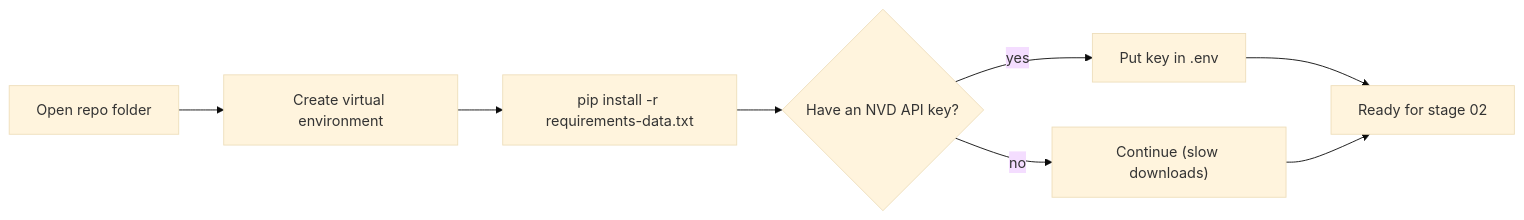
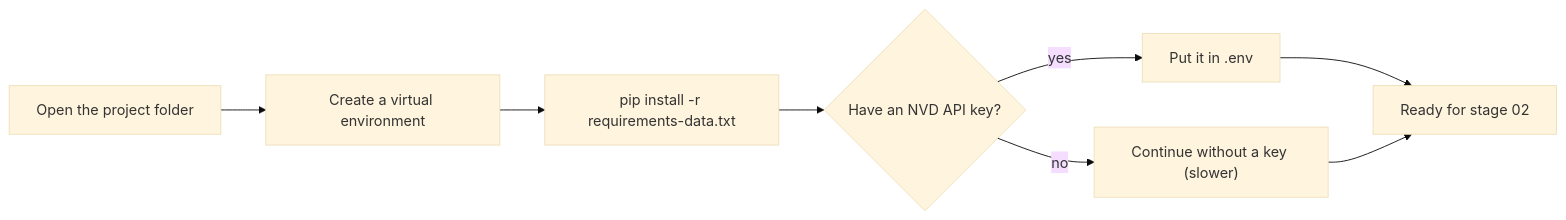
One commit to preetik92002-tech/llm-finetune-cyber changed the diagram in docs/stage-01-setup/README.md. Above: the diagram before and after it, drawn with Mermaid (base theme). The commit also changed other lines of this file and 33 other files, not shown here.

Commit message:
docs: add root README, journal and errors-and-fixes log add metrics ledger and stage READMEs feat(docs): generate charts from stats files

````diff
--- a/docs/stage-01-setup/README.md
+++ b/docs/stage-01-setup/README.md
@@ -21,10 +19,10 @@
 ```mermaid
 flowchart LR
-    A["Open repo folder"] --> B["Create virtual environment"]
+    A["Open the project folder"] --> B["Create a virtual environment"]
     B --> C["pip install -r requirements-data.txt"]
     C --> D{"Have an NVD API key?"}
-    D -- yes --> E["Put key in .env"]
-    D -- no --> F["Continue (slow downloads)"]
+    D -- yes --> E["Put it in .env"]
+    D -- no --> F["Continue without a key (slower)"]
     E --> G["Ready for stage 02"]
     F --> G
 ```
````
